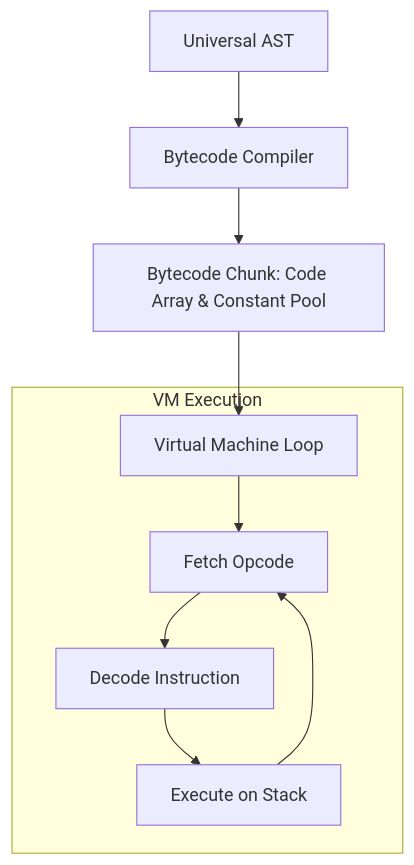
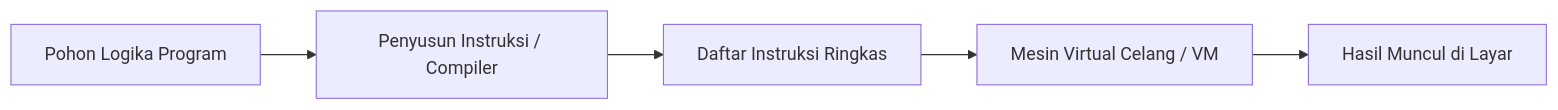
One commit to turtleion/Celang changed the diagram in docs/arsitektur/bytecode-vm.md. Above: the diagram before and after it, drawn with Mermaid. The commit also changed other lines of this file and 39 other files, not shown here.

````diff
--- a/docs/arsitektur/bytecode-vm.md
+++ b/docs/arsitektur/bytecode-vm.md
@@ -19,12 +17,7 @@
 ```mermaid
-flowchart TD
-    AST[Universal AST] --> Comp[Bytecode Compiler]
-    Comp --> Chunk[Bytecode Chunk: Code Array & Constant Pool]
-    Chunk --> VM[Virtual Machine Loop]
-    subgraph VM Execution
-        VM --> Fetch[Fetch Opcode]
-        Fetch --> Decode[Decode Instruction]
-        Decode --> Exec[Execute on Stack]
-        Exec --> Fetch
-    end
+flowchart LR
+    A[Pohon Logika Program] --> B[Penyusun Instruksi / Compiler]
+    B --> C[Daftar Instruksi Ringkas]
+    C --> D[Mesin Virtual Celang / VM]
+    D --> E[Hasil Muncul di Layar]
 ```
````
